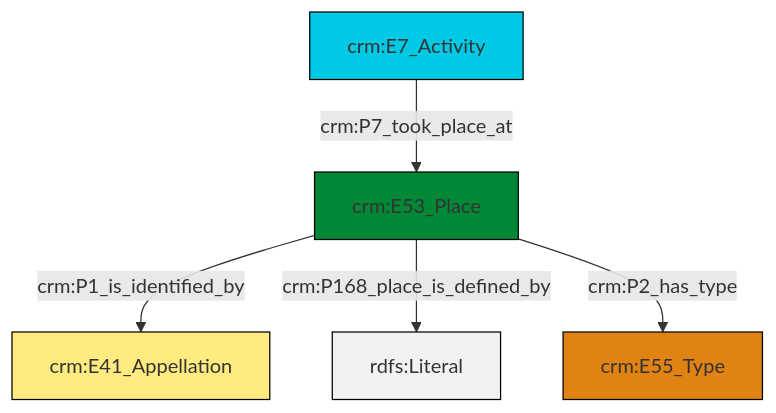
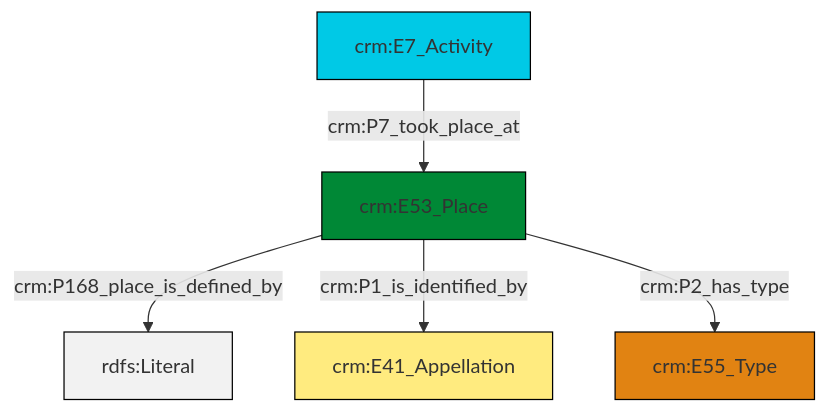
One commit to swiss-art-research-net/reference-data-models changed the diagram in et/eventCSV/ttl/mmd/event_location.ttl.mmd. Above: the diagram before and after it, drawn with Mermaid. The commit also changed 128 other files, not shown here.

```diff
--- a/et/eventCSV/ttl/mmd/event_location.ttl.mmd
+++ b/et/eventCSV/ttl/mmd/event_location.ttl.mmd
@@ -1,19 +1,19 @@
 graph TD
 classDef Literal fill:#f2f2f2,stroke:#000000;
 classDef CRM_Entity fill:#FFFFFF,stroke:#000000;
 classDef Temporal_Entity fill:#00C9E6, stroke:#000000;
 classDef Type fill:#E18312, stroke:#000000;
 classDef Time-Span fill:#2C9C91, stroke:#000000;
 classDef Appellation fill:#FFEB7F, stroke:#000000;
 classDef Place fill:#008836, stroke:#000000;
 classDef Persistent_Item fill:#B266B2, stroke:#000000;
 classDef Conceptual_Object fill:#FFD700, stroke:#000000;
 classDef Physical_Thing fill:#D2B48C, stroke:#000000;
 classDef Actor fill:#f58aad, stroke:#000000;
 classDef PC_Classes fill:#4ce600, stroke:#000000;
 classDef Multi fill:#cccccc,stroke:#000000;
 
-2["crm:E53_Place"]:::Place -->|crm:P1_is_identified_by| 6["crm:E41_Appellation"]:::Appellation
-2["crm:E53_Place"]:::Place -->|crm:P168_place_is_defined_by| 7[rdfs:Literal]:::Literal
-4["crm:E7_Activity"]:::Temporal_Entity -->|crm:P7_took_place_at| 2["crm:E53_Place"]:::Place
-2["crm:E53_Place"]:::Place -->|crm:P2_has_type| 0["crm:E55_Type"]:::Type
+0["crm:E53_Place"]:::Place -->|crm:P168_place_is_defined_by| 1[rdfs:Literal]:::Literal
+0["crm:E53_Place"]:::Place -->|crm:P1_is_identified_by| 2["crm:E41_Appellation"]:::Appellation
+0["crm:E53_Place"]:::Place -->|crm:P2_has_type| 3["crm:E55_Type"]:::Type
+4["crm:E7_Activity"]:::Temporal_Entity -->|crm:P7_took_place_at| 0["crm:E53_Place"]:::Place
```
